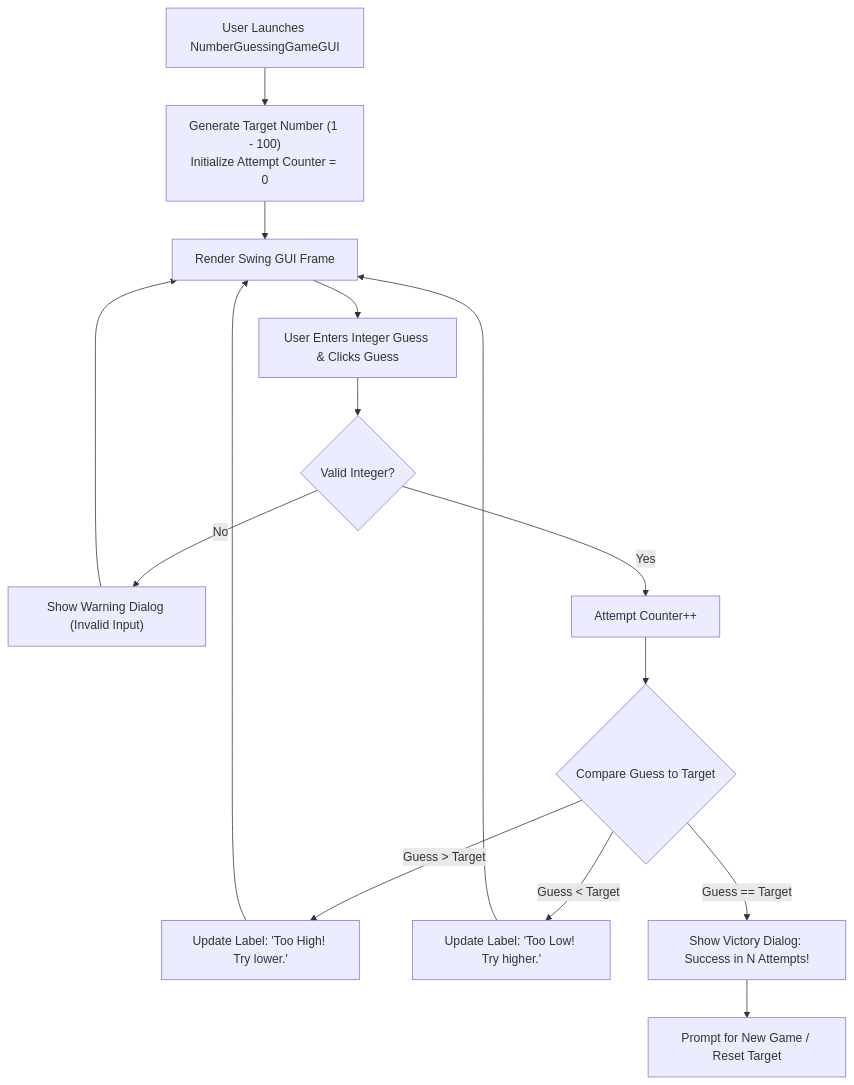
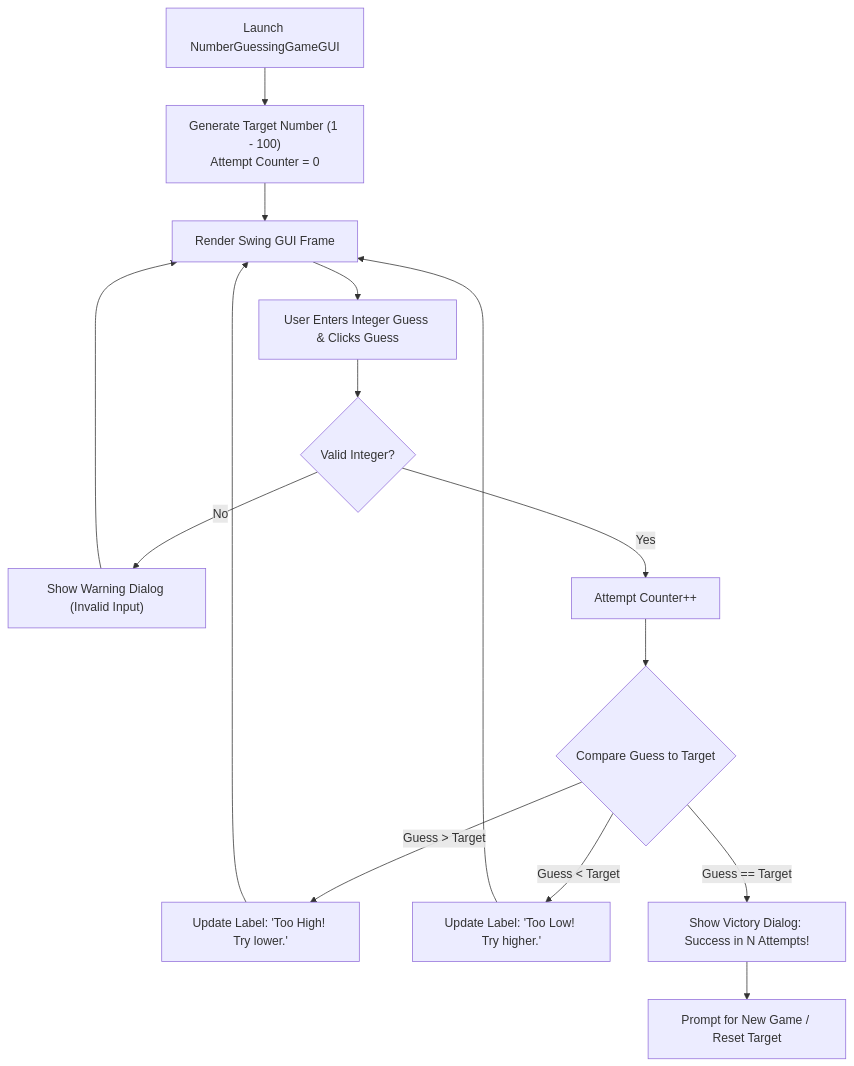
The diagram in README.md (Amaraiah11/GuessingGame), drawn with Mermaid before and after one commit. The commit also changed other lines of this file, not shown here.

Commit message:
docs: elevate README to 10/10 Apply Pilot standard with interactive architectures, skill icons, and setup instructions

````diff
--- a/README.md
+++ b/README.md
@@ -41,17 +66,17 @@
 ```mermaid
 flowchart TD
-    Start["User Launches NumberGuessingGameGUI"] --> Init["Generate Target Number (1 - 100)<br/>Initialize Attempt Counter = 0"]
+    Start["Launch NumberGuessingGameGUI"] --> Init["Generate Target Number (1 - 100)<br/>Attempt Counter = 0"]
     Init --> Render["Render Swing GUI Frame"]
     Render --> Input["User Enters Integer Guess & Clicks Guess"]
     Input --> Validate{"Valid Integer?"}
     Validate -- No --> Error["Show Warning Dialog (Invalid Input)"]
     Error --> Render
     Validate -- Yes --> Increment["Attempt Counter++"]
     Increment --> Compare{"Compare Guess to Target"}
     Compare -- "Guess > Target" --> High["Update Label: 'Too High! Try lower.'"]
     Compare -- "Guess < Target" --> Low["Update Label: 'Too Low! Try higher.'"]
     Compare -- "Guess == Target" --> Win["Show Victory Dialog: Success in N Attempts!"]
     High --> Render
     Low --> Render
     Win --> ResetPrompt["Prompt for New Game / Reset Target"]
 ```
````
